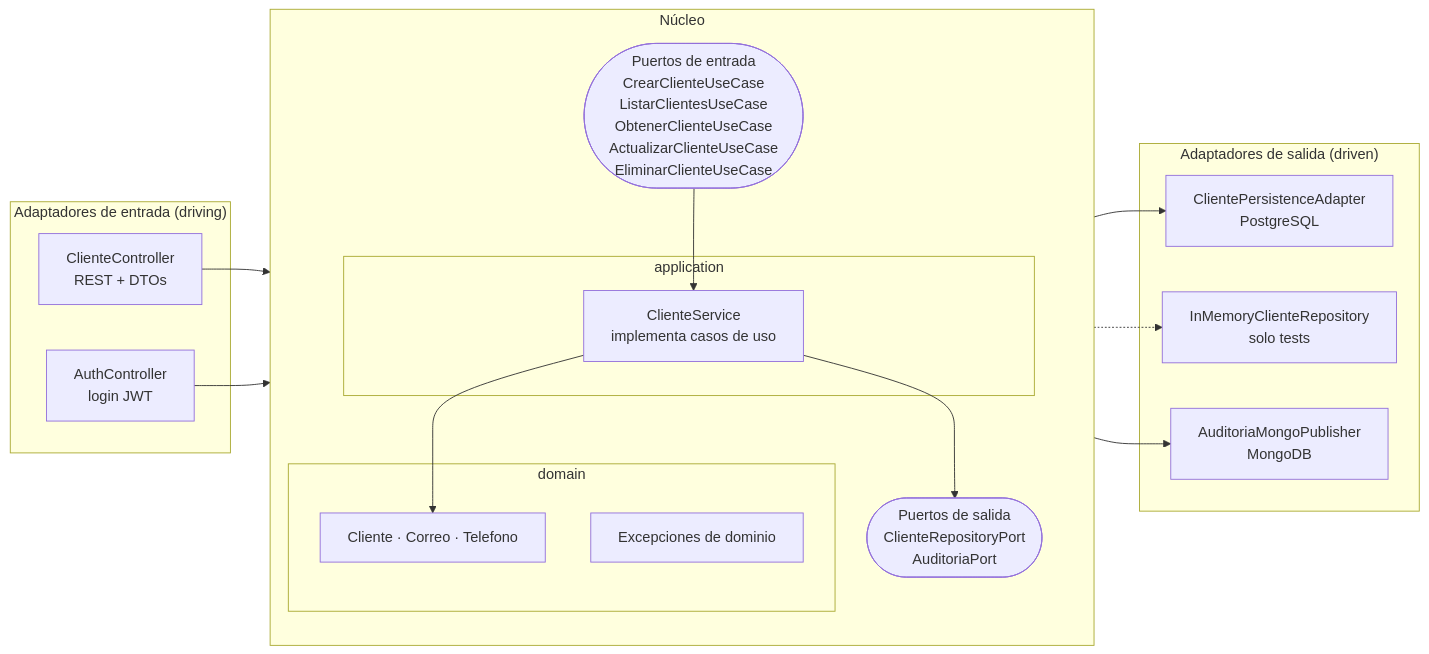
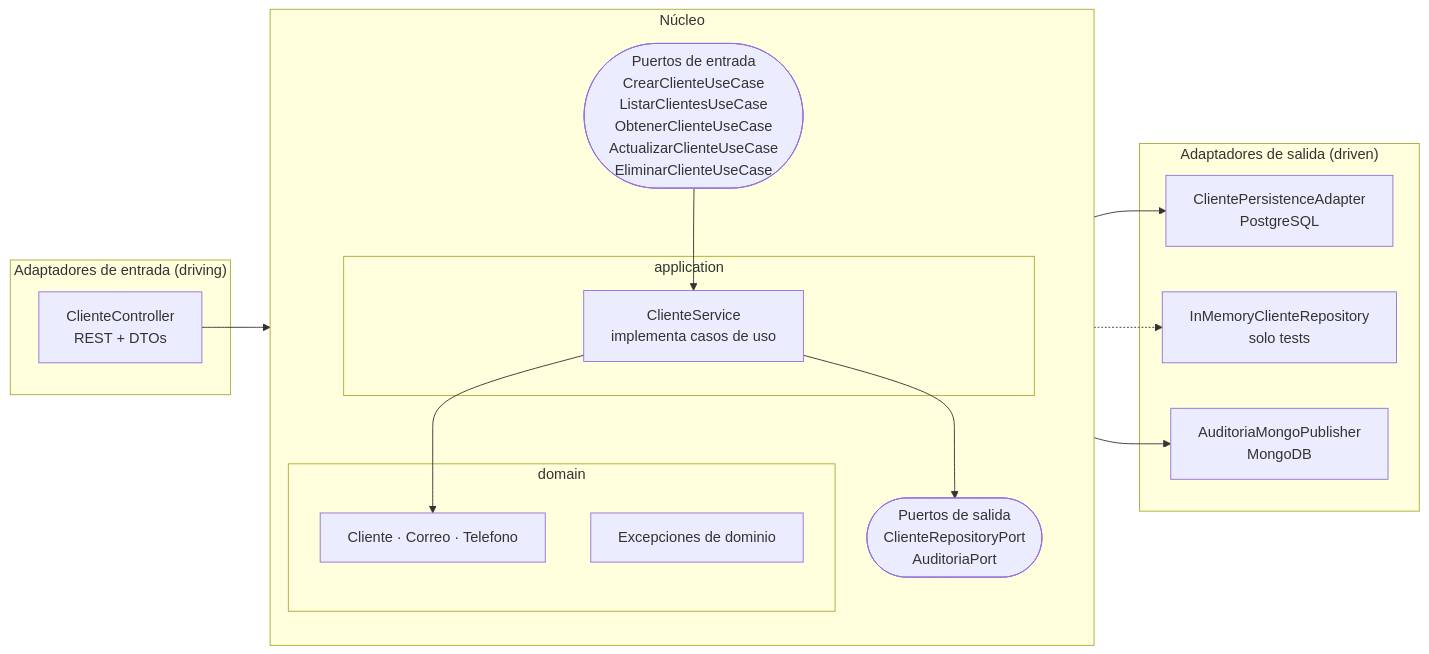
One commit to edzamo/ec-eykcorp changed the third of 13 diagrams in README.md. Above: the diagram before and after it, drawn with Mermaid. The commit also changed other lines of this file and 35 other files, not shown here.

````diff
--- a/README.md
+++ b/README.md
@@ -222,35 +222,33 @@
 ```mermaid
 flowchart LR
     subgraph IN["Adaptadores de entrada (driving)"]
         CTRL["ClienteController<br/>REST + DTOs"]
-        AUTH["AuthController<br/>login JWT"]
     end
 
     subgraph CORE["Núcleo"]
         direction TB
         subgraph APP["application"]
             UC["ClienteService<br/>implementa casos de uso"]
         end
         subgraph DOM["domain"]
             ENT["Cliente · Correo · Telefono"]
             EXC["Excepciones de dominio"]
         end
         PIN(["Puertos de entrada<br/>CrearClienteUseCase<br/>ListarClientesUseCase<br/>ObtenerClienteUseCase<br/>ActualizarClienteUseCase<br/>EliminarClienteUseCase"])
         POUT(["Puertos de salida<br/>ClienteRepositoryPort<br/>AuditoriaPort"])
     end
 
     subgraph OUT["Adaptadores de salida (driven)"]
         REPO["ClientePersistenceAdapter<br/>PostgreSQL"]
         MEM["InMemoryClienteRepository<br/>solo tests"]
         AUD["AuditoriaMongoPublisher<br/>MongoDB"]
     end
 
     CTRL --> PIN
-    AUTH --> PIN
     PIN --> UC
     UC --> ENT
     UC --> POUT
     POUT --> REPO
     POUT -.-> MEM
     POUT --> AUD
 ```
````
